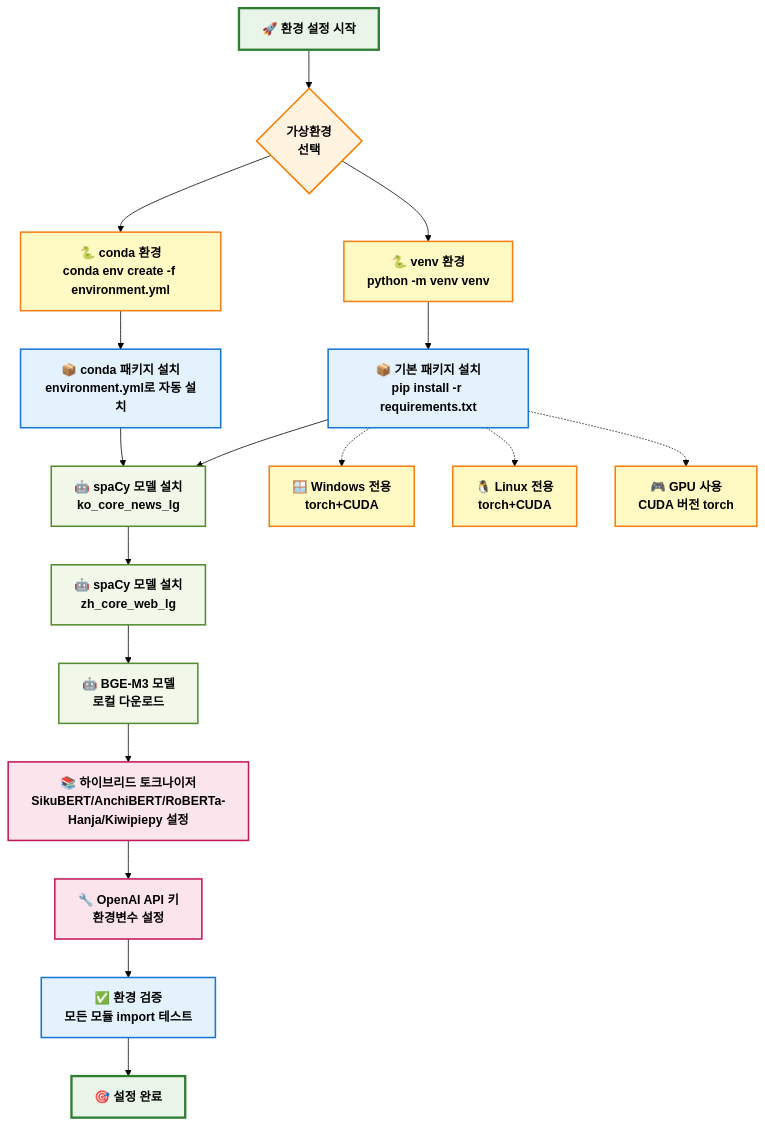
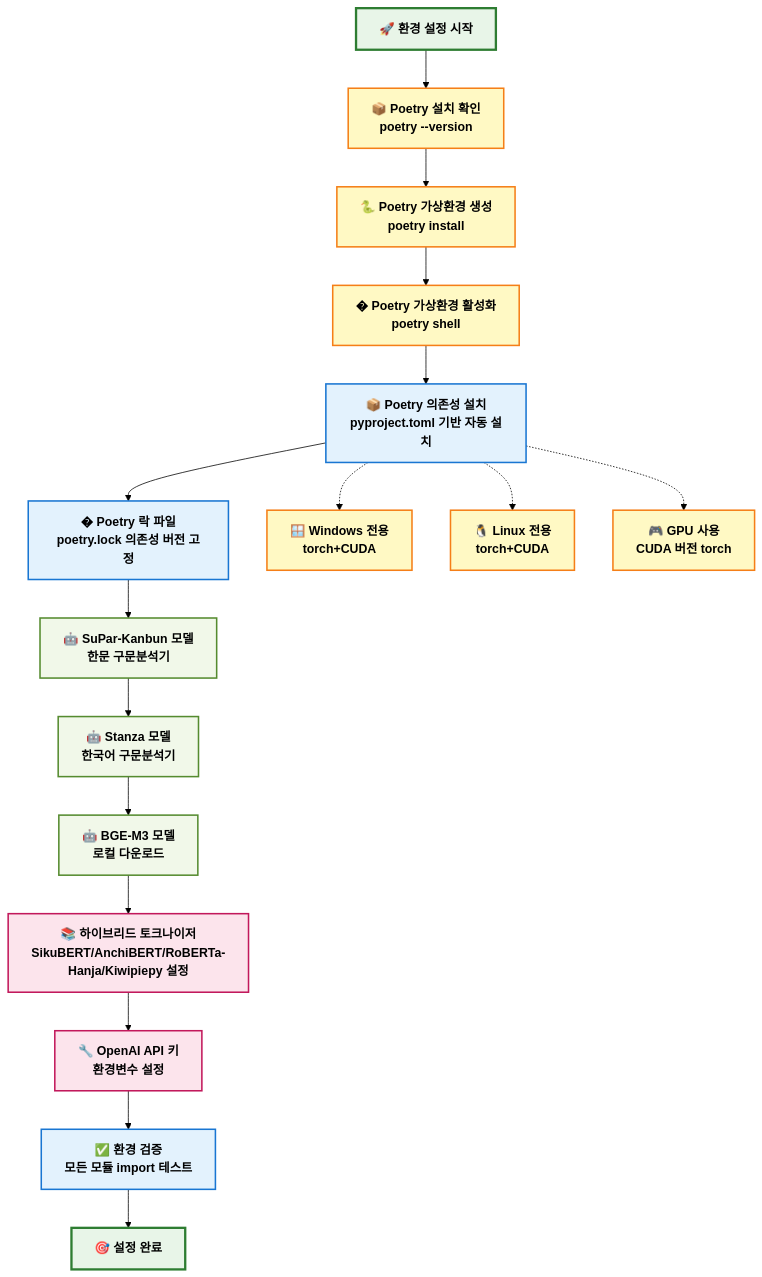
The third of 9 diagrams in etc/CSP_전체_워크플로우.md (hw725/CSP), drawn with Mermaid (forest theme) before and after one commit. The commit also changed other lines of this file and 439 other files, not shown here.

````diff
--- a/etc/CSP_전체_워크플로우.md
+++ b/etc/CSP_전체_워크플로우.md
@@ -210,57 +213,56 @@
 ```mermaid
 flowchart TB
     %% 스타일 정의
     classDef startEnd fill:#e8f5e8,stroke:#2e7d32,stroke-width:3px,color:#000,font-weight:bold
     classDef process fill:#e3f2fd,stroke:#1976d2,stroke-width:2px,color:#000,font-weight:bold
     classDef decision fill:#fff3e0,stroke:#f57c00,stroke-width:2px,color:#000,font-weight:bold
     classDef data fill:#fce4ec,stroke:#c2185b,stroke-width:2px,color:#000,font-weight:bold
     classDef python fill:#fff9c4,stroke:#f57f17,stroke-width:2px,color:#000,font-weight:bold
     classDef model fill:#f1f8e9,stroke:#558b2f,stroke-width:2px,color:#000,font-weight:bold
     
     A[🚀 환경 설정 시작]:::startEnd
     
-    %% 가상환경 설정
-    B{가상환경<br/>선택}:::decision
-    C[🐍 venv 환경<br/>python -m venv venv]:::python
-    D[🐍 conda 환경<br/>conda env create -f environment.yml]:::python
+    %% Poetry 가상환경 설정
+    B[📦 Poetry 설치 확인<br/>poetry --version]:::python
+    C[🐍 Poetry 가상환경 생성<br/>poetry install]:::python
+    D[� Poetry 가상환경 활성화<br/>poetry shell]:::python
     
-    %% 패키지 설치
-    E[📦 기본 패키지 설치<br/>pip install -r requirements.txt]:::process
-    F[📦 conda 패키지 설치<br/>environment.yml로 자동 설치]:::process
+    %% 의존성 설치
+    E[📦 Poetry 의존성 설치<br/>pyproject.toml 기반 자동 설치]:::process
+    F[� Poetry 락 파일<br/>poetry.lock 의존성 버전 고정]:::process
     
     %% 모델 설치
-    G[🤖 spaCy 모델 설치<br/>ko_core_news_lg]:::model
-    H[🤖 spaCy 모델 설치<br/>zh_core_web_lg]:::model
+    G[🤖 SuPar-Kanbun 모델<br/>한문 구문분석기]:::model
+    H[🤖 Stanza 모델<br/>한국어 구문분석기]:::model
     I[🤖 BGE-M3 모델<br/>로컬 다운로드]:::model
     
     %% 사전 설정
     J[📚 하이브리드 토크나이저<br/>SikuBERT/AnchiBERT/RoBERTa-Hanja/Kiwipiepy 설정]:::data
     K[🔧 OpenAI API 키<br/>환경변수 설정]:::data
     
     %% 검증
     L[✅ 환경 검증<br/>모든 모듈 import 테스트]:::process
     M[🎯 설정 완료]:::startEnd
     
     A --> B
     B --> C
-    B --> D
-    C --> E
-    D --> F
-    E --> G
+    C --> D
+    D --> E
+    E --> F
     F --> G
     G --> H
     H --> I
     I --> J
     J --> K
     K --> L
     L --> M
     
     %% 조건부 설치
     N[🪟 Windows 전용<br/>torch+CUDA]:::python
     O[🐧 Linux 전용<br/>torch+CUDA]:::python
     P[🎮 GPU 사용<br/>CUDA 버전 torch]:::python
     
     E -.-> N
     E -.-> O
     E -.-> P
 ```
````
